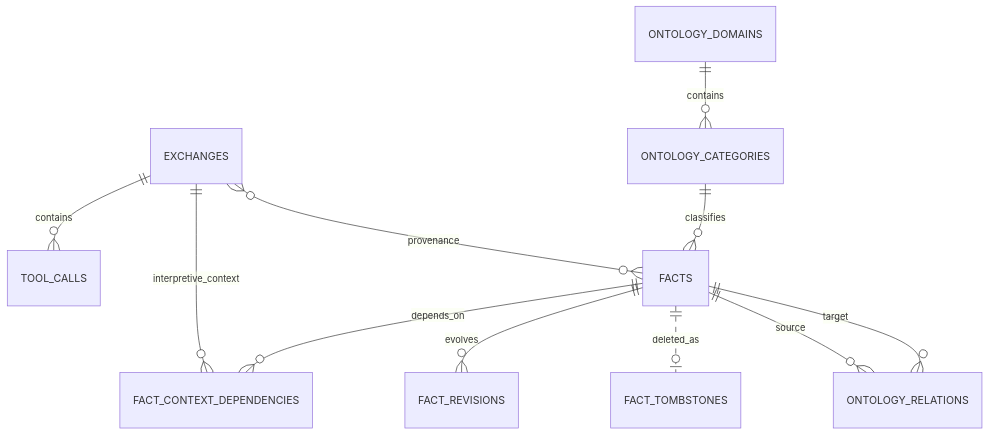
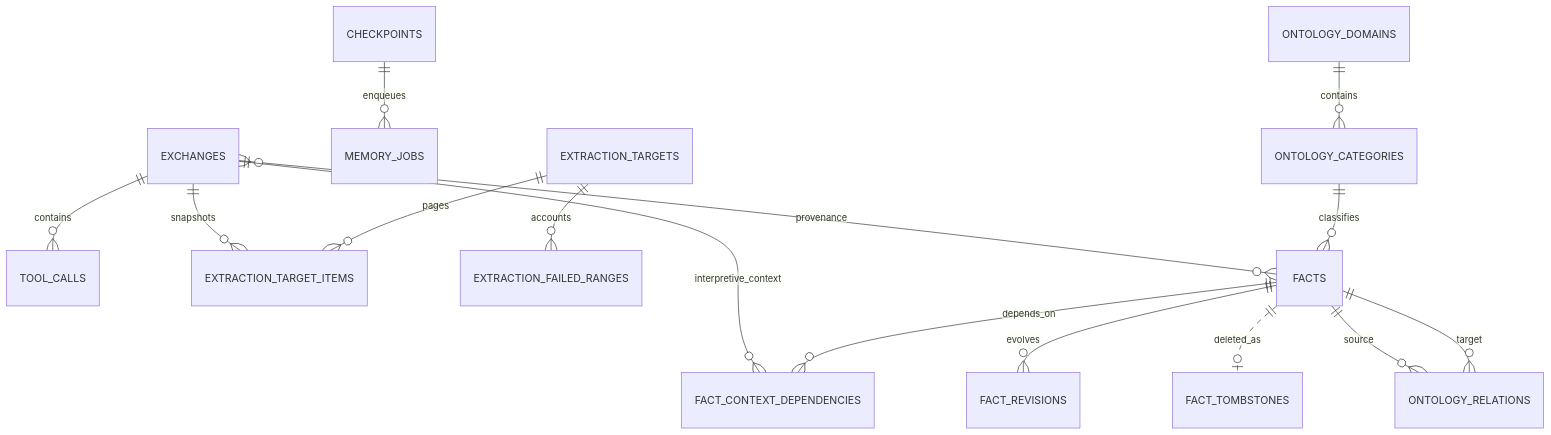
The diagram in docs/SCHEMA.md (BongSuCHOI/memex), drawn with Mermaid before and after one commit. The commit also changed other lines of this file and 43 other files, not shown here.

````diff
--- a/docs/SCHEMA.md
+++ b/docs/SCHEMA.md
@@ -15,13 +20,17 @@
 ```mermaid
 erDiagram
     EXCHANGES ||--o{ TOOL_CALLS : contains
+    EXCHANGES ||--o{ EXTRACTION_TARGET_ITEMS : snapshots
+    CHECKPOINTS ||--o{ MEMORY_JOBS : enqueues
+    EXTRACTION_TARGETS ||--o{ EXTRACTION_TARGET_ITEMS : pages
+    EXTRACTION_TARGETS ||--o{ EXTRACTION_FAILED_RANGES : accounts
     EXCHANGES }o--o{ FACTS : provenance
     EXCHANGES ||--o{ FACT_CONTEXT_DEPENDENCIES : interpretive_context
     FACTS ||--o{ FACT_CONTEXT_DEPENDENCIES : depends_on
     FACTS ||--o{ FACT_REVISIONS : evolves
     FACTS ||..o| FACT_TOMBSTONES : deleted_as
     ONTOLOGY_DOMAINS ||--o{ ONTOLOGY_CATEGORIES : contains
     ONTOLOGY_CATEGORIES ||--o{ FACTS : classifies
     FACTS ||--o{ ONTOLOGY_RELATIONS : source
     FACTS ||--o{ ONTOLOGY_RELATIONS : target
 ```
````
